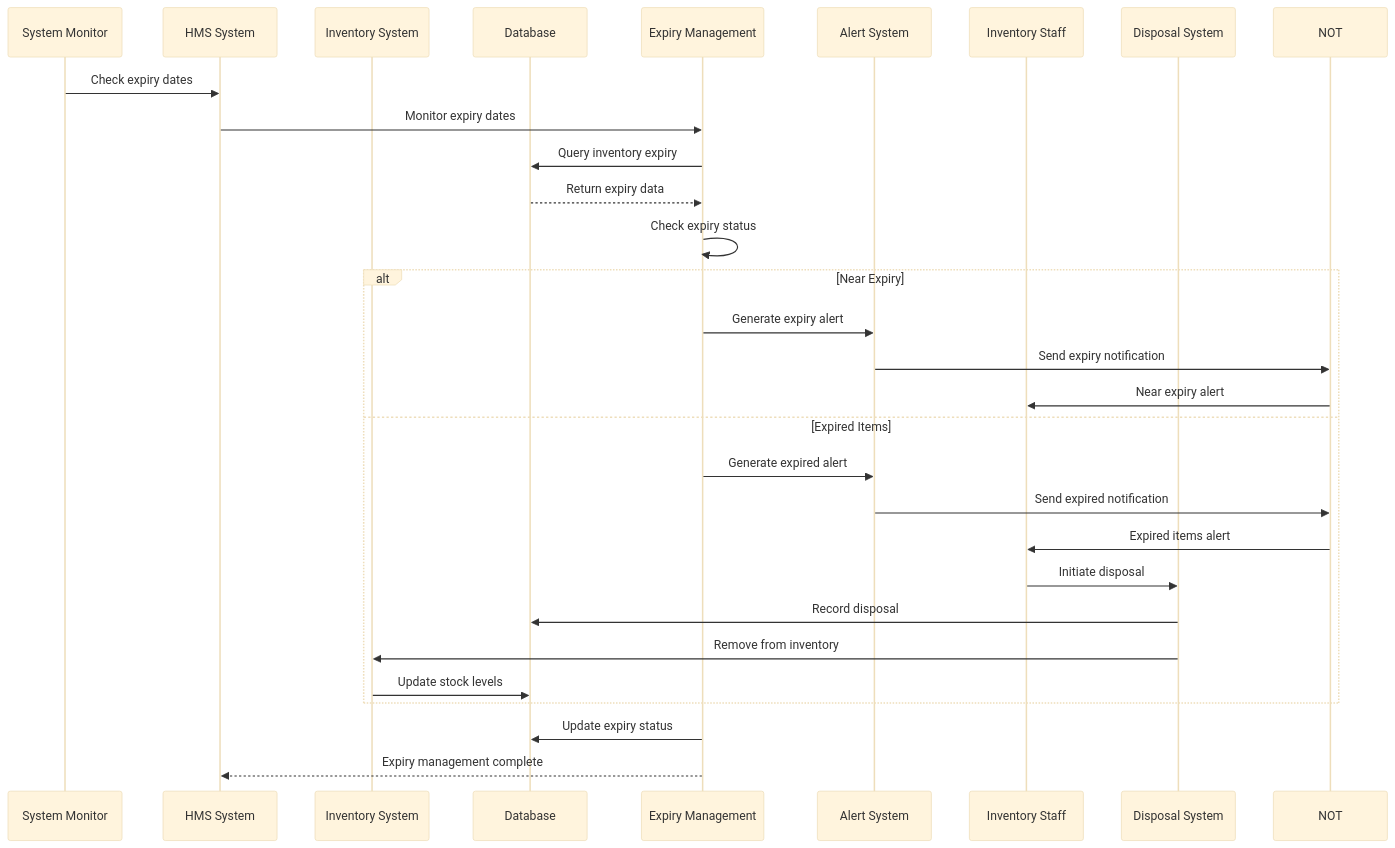
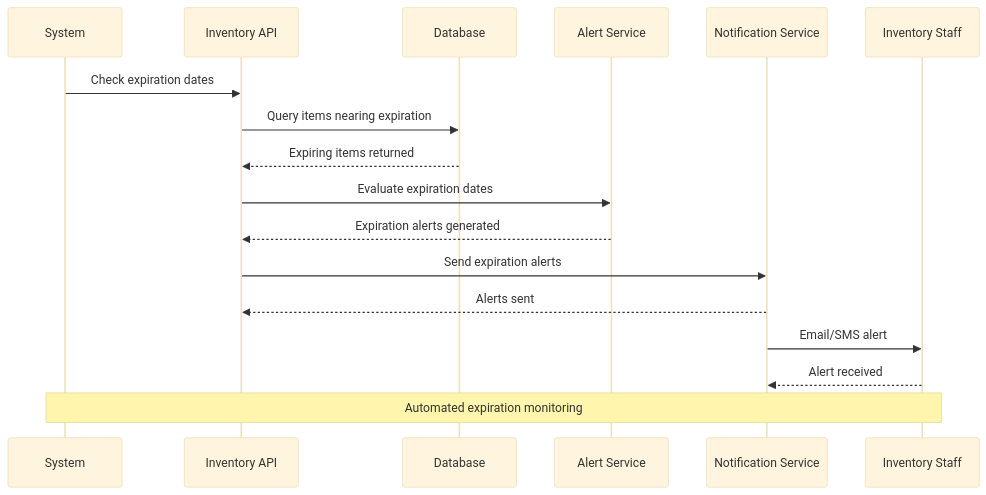
One commit to harcop/limises changed the seventh of 10 diagrams in sequence-diagrams/inventory-management-sequence.md. Above: the diagram before and after it, drawn with Mermaid (base theme). The commit also changed other lines of this file and 6 other files, not shown here.

````diff
--- a/sequence-diagrams/inventory-management-sequence.md
+++ b/sequence-diagrams/inventory-management-sequence.md
@@ -281,32 +204,24 @@
 ```mermaid
 sequenceDiagram
-    participant SYSTEM as System Monitor
-    participant HMS as HMS System
-    participant INVENTORY as Inventory System
+    participant System as System
+    participant API as Inventory API
     participant DB as Database
-    participant EXPIRY as Expiry Management
-    participant ALERT as Alert System
-    participant STAFF as Inventory Staff
-    participant DISPOSAL as Disposal System
+    participant Alert as Alert Service
+    participant Notification as Notification Service
+    participant Staff as Inventory Staff
 
-    SYSTEM->>HMS: Check expiry dates
-    HMS->>EXPIRY: Monitor expiry dates
-    EXPIRY->>DB: Query inventory expiry
-    DB-->>EXPIRY: Return expiry data
-    EXPIRY->>EXPIRY: Check expiry status
-    alt Near Expiry
-        EXPIRY->>ALERT: Generate expiry alert
-        ALERT->>NOT: Send expiry notification
-        NOT->>STAFF: Near expiry alert
-    else Expired Items
-        EXPIRY->>ALERT: Generate expired alert
-        ALERT->>NOT: Send expired notification
-        NOT->>STAFF: Expired items alert
-        STAFF->>DISPOSAL: Initiate disposal
-        DISPOSAL->>DB: Record disposal
-        DISPOSAL->>INVENTORY: Remove from inventory
-        INVENTORY->>DB: Update stock levels
-    end
-    EXPIRY->>DB: Update expiry status
-    EXPIRY-->>HMS: Expiry management complete
+    System->>API: Check expiration dates
+    API->>DB: Query items nearing expiration
+    DB-->>API: Expiring items returned
+    
+    API->>Alert: Evaluate expiration dates
+    Alert-->>API: Expiration alerts generated
+    
+    API->>Notification: Send expiration alerts
+    Notification-->>API: Alerts sent
+    
+    Notification->>Staff: Email/SMS alert
+    Staff-->>Notification: Alert received
+    
+    Note over System, Staff: Automated expiration monitoring
 ```
````
